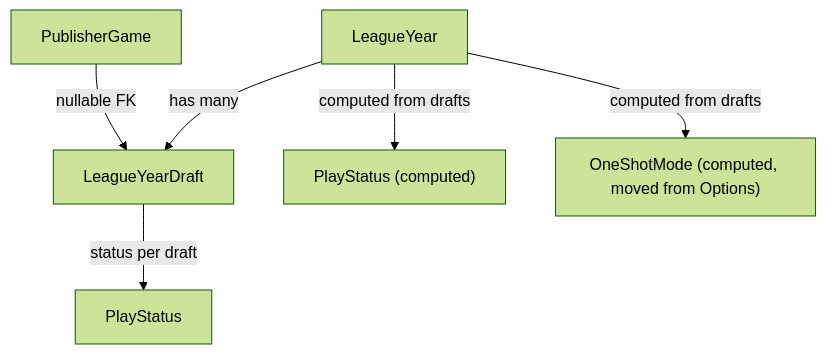
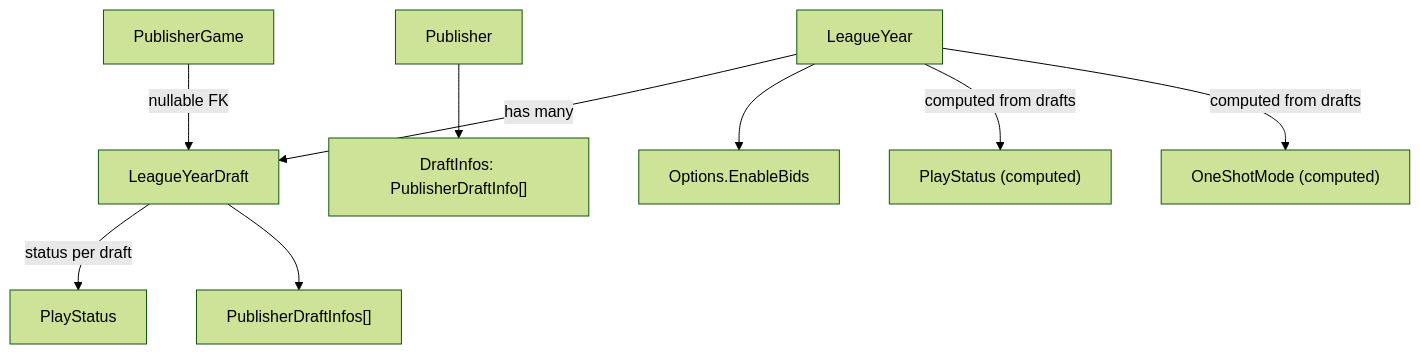
Before and after one commit to SteveF92/FantasyCritic: the diagram in .cursor/plans/multi-draft-leagues.plan.md, drawn with Mermaid (forest theme). The commit also changed other lines of this file, not shown here.

Commit message:
Updated multi draft plan

````diff
--- a/.cursor/plans/multi-draft-leagues.plan.md
+++ b/.cursor/plans/multi-draft-leagues.plan.md
@@ -54,8 +51,11 @@
 ```mermaid
 flowchart TD
     LeagueYear -->|"has many"| LeagueYearDraft
     LeagueYearDraft -->|"status per draft"| PlayStatus
+    LeagueYearDraft --> PublisherDraftInfos["PublisherDraftInfos[]"]
+    Publisher --> DraftInfos["DraftInfos: PublisherDraftInfo[]"]
     PublisherGame -->|"nullable FK"| LeagueYearDraft
+    LeagueYear --> EnableBids["Options.EnableBids"]
     LeagueYear -->|"computed from drafts"| ComputedPlayStatus["PlayStatus (computed)"]
-    LeagueYear -->|"computed from drafts"| OneShotMode["OneShotMode (computed, moved from Options)"]
+    LeagueYear -->|"computed from drafts"| OneShotMode["OneShotMode (computed)"]
 ```
````
